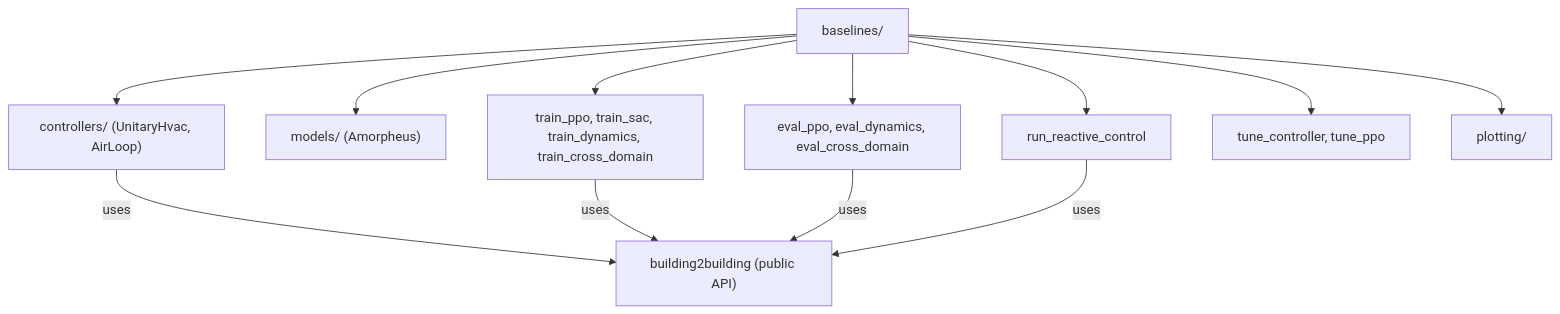
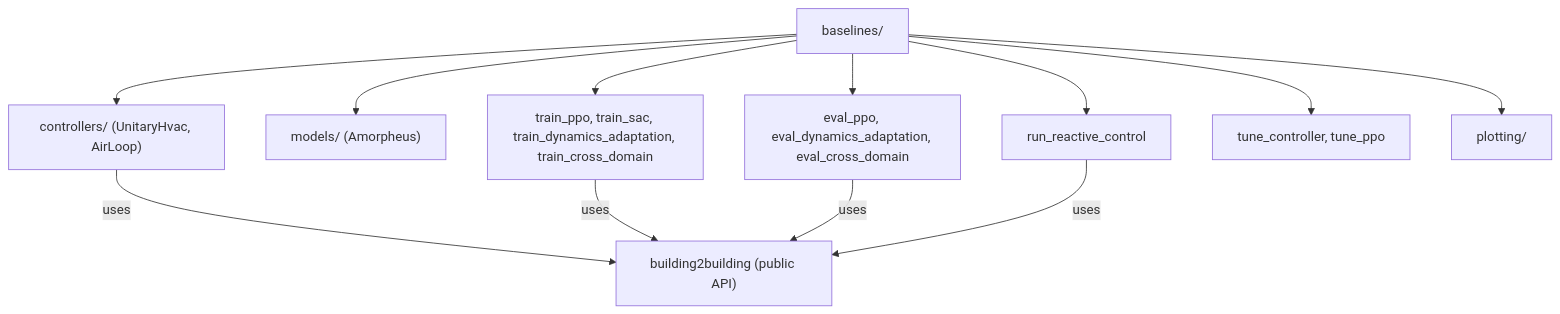
One commit to vtaboga/building2building changed the diagram in docs/baselines/overview.md. Above: the diagram before and after it, drawn with Mermaid. The commit also changed other lines of this file and 38 other files, not shown here.

````diff
--- a/docs/baselines/overview.md
+++ b/docs/baselines/overview.md
@@ -9,24 +9,24 @@
 ```mermaid
 graph TD
     Baselines["baselines/"]
     Controllers["controllers/ (UnitaryHvac, AirLoop)"]
     Models["models/ (Amorpheus)"]
-    Training["train_ppo, train_sac, train_dynamics, train_cross_domain"]
-    Eval["eval_ppo, eval_dynamics, eval_cross_domain"]
+    Training["train_ppo, train_sac, train_dynamics_adaptation, train_cross_domain"]
+    Eval["eval_ppo, eval_dynamics_adaptation, eval_cross_domain"]
     ReactiveControl["run_reactive_control"]
     Tuning["tune_controller, tune_ppo"]
     Plotting["plotting/"]
     B2B["building2building (public API)"]
 
     Baselines --> Controllers
     Baselines --> Models
     Baselines --> Training
     Baselines --> Eval
     Baselines --> ReactiveControl
     Baselines --> Tuning
     Baselines --> Plotting
     Controllers -->|uses| B2B
     Training -->|uses| B2B
     Eval -->|uses| B2B
     ReactiveControl -->|uses| B2B
 ```
````
